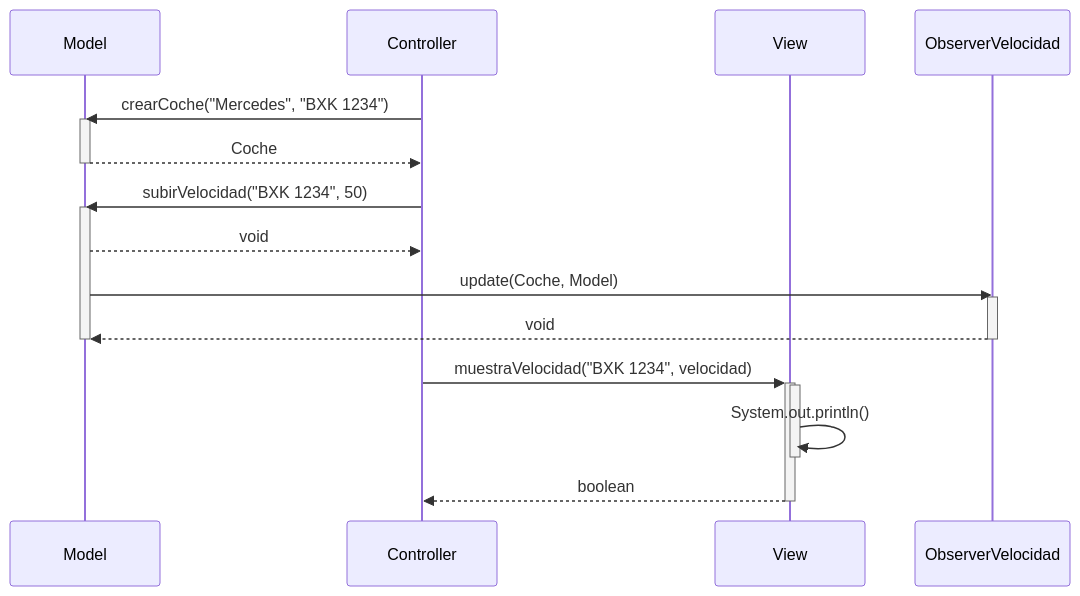
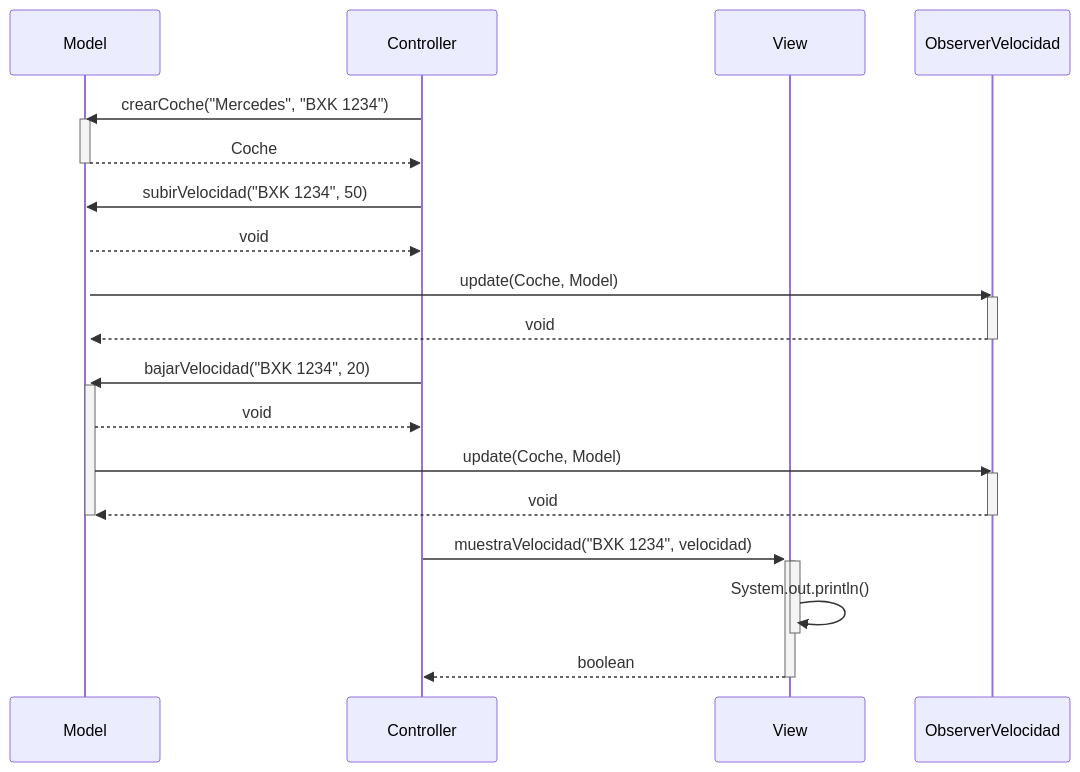
Before and after one commit to danielcastelao/mvc-Sergiosan12: the third of 3 diagrams in Readme.md, drawn with Mermaid. The commit also changed other lines of this file and 6 other files, not shown here.

````diff
--- a/Readme.md
+++ b/Readme.md
@@ -76,24 +78,31 @@
 ```mermaid
 sequenceDiagram
     participant Model
     participant Controller
     participant View
     participant ObserverVelocidad
     Controller->>Model: crearCoche("Mercedes", "BXK 1234")
     activate Model
     Model-->>Controller: Coche
     deactivate Model
     Controller->>Model: subirVelocidad("BXK 1234", 50)
     activate Model
     Model-->>Controller: void
     Model->>ObserverVelocidad: update(Coche, Model)
     activate ObserverVelocidad
     ObserverVelocidad-->>Model: void
     deactivate ObserverVelocidad
+    Controller->>Model: bajarVelocidad("BXK 1234", 20)
+    activate Model
+    Model-->>Controller: void
+    Model->>ObserverVelocidad: update(Coche, Model)
+    activate ObserverVelocidad
+    ObserverVelocidad-->>Model: void
+    deactivate ObserverVelocidad
     deactivate Model
     Controller->>+View: muestraVelocidad("BXK 1234", velocidad)
     activate View
     View->>-View: System.out.println()
     View-->>Controller: boolean
     deactivate View
 ```
````
